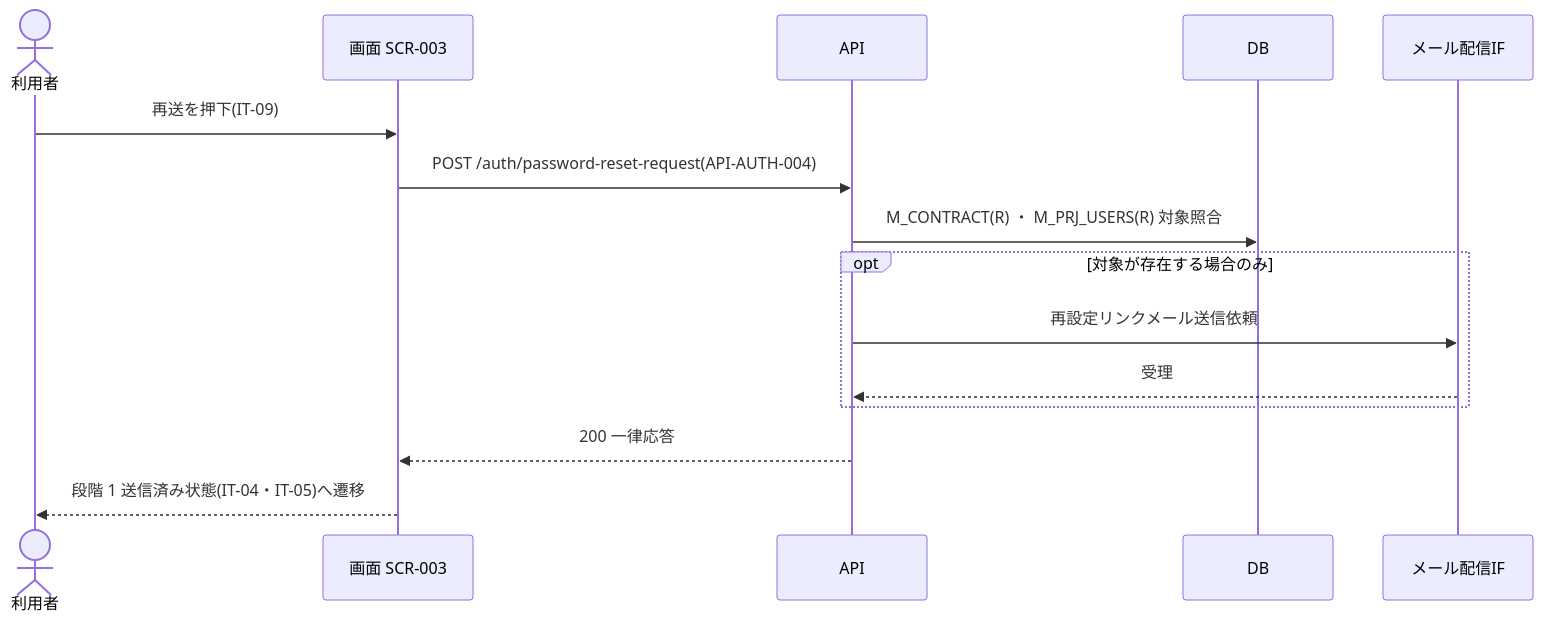
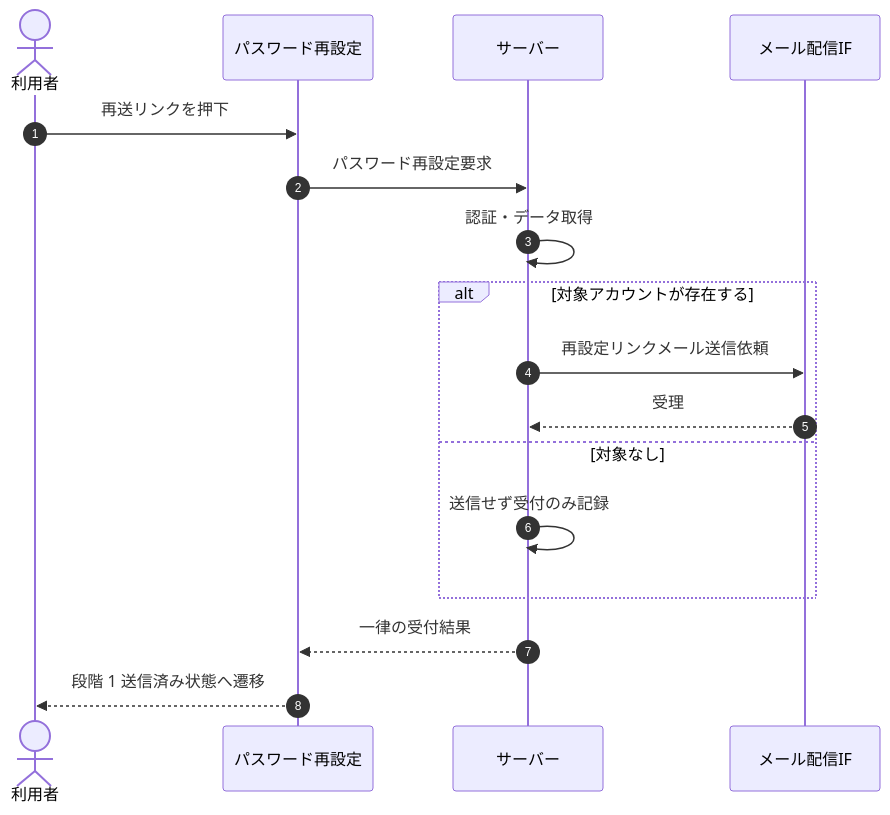
One commit to sikakou54/open-faq changed the diagram in 02_basic_design/05_sequences/SEQ-007.md. Above: the diagram before and after it, drawn with Mermaid. The commit also changed other lines of this file and 108 other files, not shown here.

First line of the commit message:
基本設計: シーケンス図を基本設計粒度(ユーザー/画面/サーバー)へ再編成

````diff
--- a/02_basic_design/05_sequences/SEQ-007.md
+++ b/02_basic_design/05_sequences/SEQ-007.md
@@ -25,17 +32,19 @@
 ```mermaid
 sequenceDiagram
+  autonumber
   actor U as 利用者
-  participant S as 画面 SCR-003
-  participant API as API
-  participant DB as DB
-  participant ML as メール配信IF
-  U->>S: 再送を押下(IT-09)
-  S->>API: POST /auth/password-reset-request(API-AUTH-004)
-  API->>DB: M_CONTRACT(R) ・ M_PRJ_USERS(R) 対象照合
-  opt 対象が存在する場合のみ
-    API->>ML: 再設定リンクメール送信依頼
-    ML-->>API: 受理
+  participant Screen as パスワード再設定
+  participant Server as サーバー
+  participant MAIL as メール配信IF
+  U->>Screen: 再送リンクを押下
+  Screen->>Server: パスワード再設定要求
+  Server->>Server: 認証・データ取得
+  alt 対象アカウントが存在する
+    Server->>MAIL: 再設定リンクメール送信依頼
+    MAIL-->>Server: 受理
+  else 対象なし
+    Server->>Server: 送信せず受付のみ記録
   end
-  API-->>S: 200 一律応答
-  S-->>U: 段階 1 送信済み状態(IT-04・IT-05)へ遷移
+  Server-->>Screen: 一律の受付結果
+  Screen-->>U: 段階 1 送信済み状態へ遷移
 ```
````
